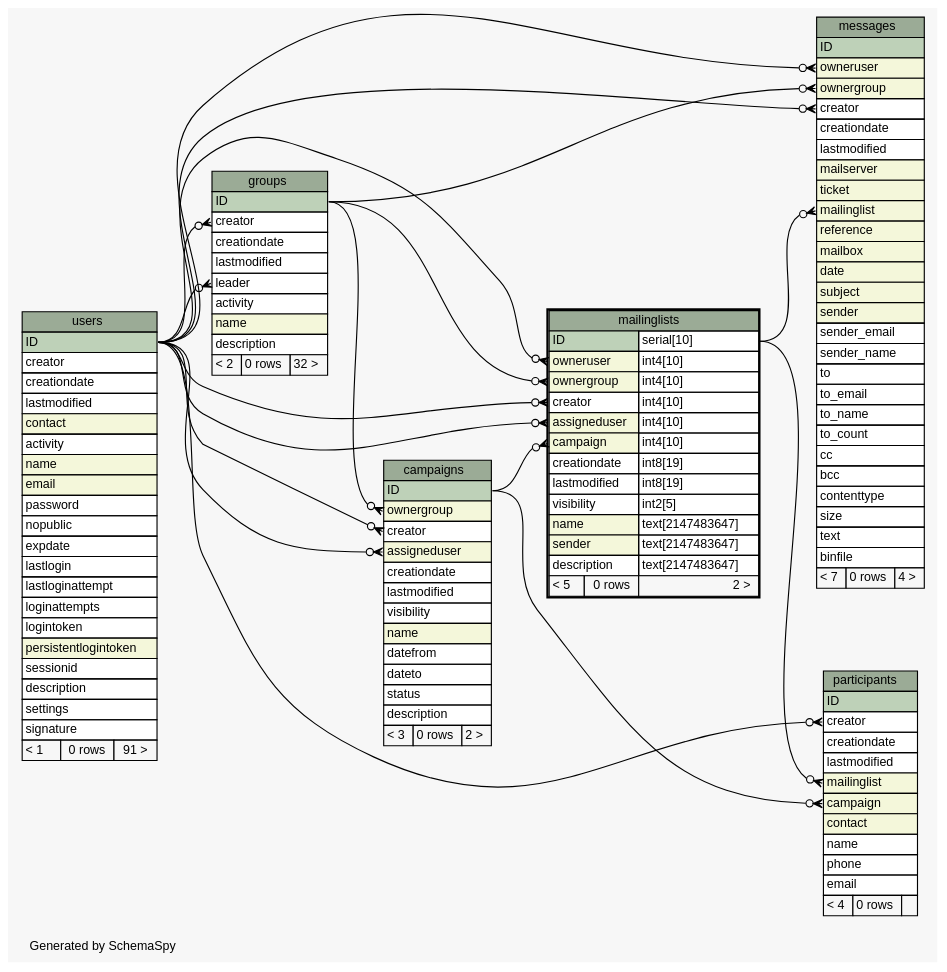
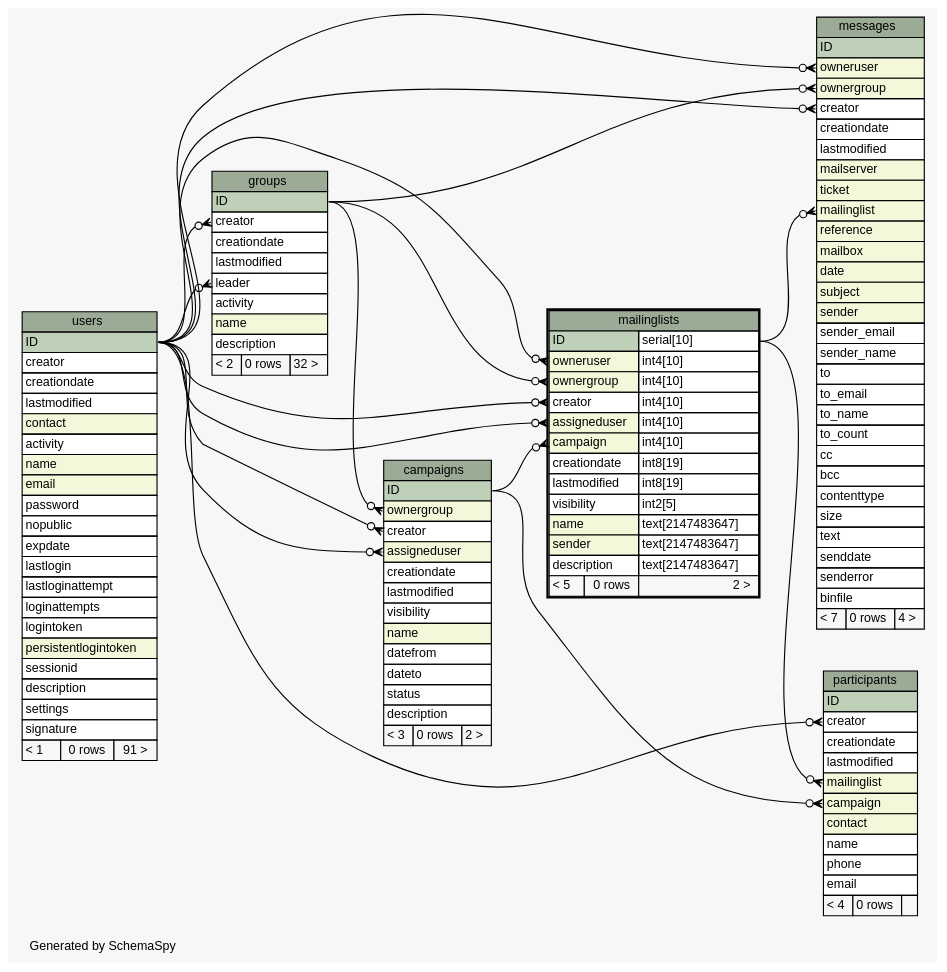
Before and after one commit to zeyosinc/zeyos-schema: the diagram in diagrams/mailinglists.1degree.dot, drawn with Graphviz. The commit also changed 145 other files, not shown here.

```diff
--- a/diagrams/mailinglists.1degree.dot
+++ b/diagrams/mailinglists.1degree.dot
@@ -1,181 +1,183 @@
 // dot 2.38.0 on Mac OS X 10.11.5
 // SchemaSpy rev 590
 digraph "oneDegreeRelationshipsDiagram" {
   graph [
     rankdir="RL"
     bgcolor="#f7f7f7"
     label="\nGenerated by SchemaSpy"
     labeljust="l"
     nodesep="0.18"
     ranksep="0.46"
     fontname="Helvetica"
     fontsize="11"
   ];
   node [
     fontname="Helvetica"
     fontsize="11"
     shape="plaintext"
   ];
   edge [
     arrowsize="0.8"
   ];
   "campaigns":"assigneduser":w -> "users":"ID":e [arrowhead=none dir=back arrowtail=crowodot];
   "campaigns":"creator":w -> "users":"ID":e [arrowhead=none dir=back arrowtail=crowodot];
   "campaigns":"ownergroup":w -> "groups":"ID":e [arrowhead=none dir=back arrowtail=crowodot];
   "groups":"creator":w -> "users":"ID":e [arrowhead=none dir=back arrowtail=crowodot];
   "groups":"leader":w -> "users":"ID":e [arrowhead=none dir=back arrowtail=crowodot];
   "mailinglists":"assigneduser":w -> "users":"ID":e [arrowhead=none dir=back arrowtail=crowodot];
   "mailinglists":"campaign":w -> "campaigns":"ID":e [arrowhead=none dir=back arrowtail=crowodot];
   "mailinglists":"creator":w -> "users":"ID":e [arrowhead=none dir=back arrowtail=crowodot];
   "mailinglists":"ownergroup":w -> "groups":"ID":e [arrowhead=none dir=back arrowtail=crowodot];
   "mailinglists":"owneruser":w -> "users":"ID":e [arrowhead=none dir=back arrowtail=crowodot];
   "messages":"creator":w -> "users":"ID":e [arrowhead=none dir=back arrowtail=crowodot];
   "messages":"mailinglist":w -> "mailinglists":"ID.type":e [arrowhead=none dir=back arrowtail=crowodot];
   "messages":"ownergroup":w -> "groups":"ID":e [arrowhead=none dir=back arrowtail=crowodot];
   "messages":"owneruser":w -> "users":"ID":e [arrowhead=none dir=back arrowtail=crowodot];
   "participants":"campaign":w -> "campaigns":"ID":e [arrowhead=none dir=back arrowtail=crowodot];
   "participants":"creator":w -> "users":"ID":e [arrowhead=none dir=back arrowtail=crowodot];
   "participants":"mailinglist":w -> "mailinglists":"ID.type":e [arrowhead=none dir=back arrowtail=crowodot];
   "campaigns" [
     label=<
     <TABLE BORDER="0" CELLBORDER="1" CELLSPACING="0" BGCOLOR="#ffffff">
       <TR><TD COLSPAN="3" BGCOLOR="#9bab96" ALIGN="CENTER">campaigns</TD></TR>
       <TR><TD PORT="ID" COLSPAN="3" BGCOLOR="#bed1b8" ALIGN="LEFT">ID</TD></TR>
       <TR><TD PORT="ownergroup" COLSPAN="3" BGCOLOR="#f4f7da" ALIGN="LEFT">ownergroup</TD></TR>
       <TR><TD PORT="creator" COLSPAN="3" ALIGN="LEFT">creator</TD></TR>
       <TR><TD PORT="assigneduser" COLSPAN="3" BGCOLOR="#f4f7da" ALIGN="LEFT">assigneduser</TD></TR>
       <TR><TD PORT="creationdate" COLSPAN="3" ALIGN="LEFT">creationdate</TD></TR>
       <TR><TD PORT="lastmodified" COLSPAN="3" ALIGN="LEFT">lastmodified</TD></TR>
       <TR><TD PORT="visibility" COLSPAN="3" ALIGN="LEFT">visibility</TD></TR>
       <TR><TD PORT="name" COLSPAN="3" BGCOLOR="#f4f7da" ALIGN="LEFT">name</TD></TR>
       <TR><TD PORT="datefrom" COLSPAN="3" ALIGN="LEFT">datefrom</TD></TR>
       <TR><TD PORT="dateto" COLSPAN="3" ALIGN="LEFT">dateto</TD></TR>
       <TR><TD PORT="status" COLSPAN="3" ALIGN="LEFT">status</TD></TR>
       <TR><TD PORT="description" COLSPAN="3" ALIGN="LEFT">description</TD></TR>
       <TR><TD ALIGN="LEFT" BGCOLOR="#f7f7f7">&lt; 3</TD><TD ALIGN="RIGHT" BGCOLOR="#f7f7f7">0 rows</TD><TD ALIGN="RIGHT" BGCOLOR="#f7f7f7">2 &gt;</TD></TR>
     </TABLE>>
     URL="campaigns.html"
     tooltip="campaigns"
   ];
   "groups" [
     label=<
     <TABLE BORDER="0" CELLBORDER="1" CELLSPACING="0" BGCOLOR="#ffffff">
       <TR><TD COLSPAN="3" BGCOLOR="#9bab96" ALIGN="CENTER">groups</TD></TR>
       <TR><TD PORT="ID" COLSPAN="3" BGCOLOR="#bed1b8" ALIGN="LEFT">ID</TD></TR>
       <TR><TD PORT="creator" COLSPAN="3" ALIGN="LEFT">creator</TD></TR>
       <TR><TD PORT="creationdate" COLSPAN="3" ALIGN="LEFT">creationdate</TD></TR>
       <TR><TD PORT="lastmodified" COLSPAN="3" ALIGN="LEFT">lastmodified</TD></TR>
       <TR><TD PORT="leader" COLSPAN="3" ALIGN="LEFT">leader</TD></TR>
       <TR><TD PORT="activity" COLSPAN="3" ALIGN="LEFT">activity</TD></TR>
       <TR><TD PORT="name" COLSPAN="3" BGCOLOR="#f4f7da" ALIGN="LEFT">name</TD></TR>
       <TR><TD PORT="description" COLSPAN="3" ALIGN="LEFT">description</TD></TR>
       <TR><TD ALIGN="LEFT" BGCOLOR="#f7f7f7">&lt; 2</TD><TD ALIGN="RIGHT" BGCOLOR="#f7f7f7">0 rows</TD><TD ALIGN="RIGHT" BGCOLOR="#f7f7f7">32 &gt;</TD></TR>
     </TABLE>>
     URL="groups.html"
     tooltip="groups"
   ];
   "mailinglists" [
     label=<
     <TABLE BORDER="2" CELLBORDER="1" CELLSPACING="0" BGCOLOR="#ffffff">
       <TR><TD COLSPAN="3" BGCOLOR="#9bab96" ALIGN="CENTER">mailinglists</TD></TR>
       <TR><TD PORT="ID" COLSPAN="2" BGCOLOR="#bed1b8" ALIGN="LEFT">ID</TD><TD PORT="ID.type" ALIGN="LEFT">serial[10]</TD></TR>
       <TR><TD PORT="owneruser" COLSPAN="2" BGCOLOR="#f4f7da" ALIGN="LEFT">owneruser</TD><TD PORT="owneruser.type" ALIGN="LEFT">int4[10]</TD></TR>
       <TR><TD PORT="ownergroup" COLSPAN="2" BGCOLOR="#f4f7da" ALIGN="LEFT">ownergroup</TD><TD PORT="ownergroup.type" ALIGN="LEFT">int4[10]</TD></TR>
       <TR><TD PORT="creator" COLSPAN="2" ALIGN="LEFT">creator</TD><TD PORT="creator.type" ALIGN="LEFT">int4[10]</TD></TR>
       <TR><TD PORT="assigneduser" COLSPAN="2" BGCOLOR="#f4f7da" ALIGN="LEFT">assigneduser</TD><TD PORT="assigneduser.type" ALIGN="LEFT">int4[10]</TD></TR>
       <TR><TD PORT="campaign" COLSPAN="2" BGCOLOR="#f4f7da" ALIGN="LEFT">campaign</TD><TD PORT="campaign.type" ALIGN="LEFT">int4[10]</TD></TR>
       <TR><TD PORT="creationdate" COLSPAN="2" ALIGN="LEFT">creationdate</TD><TD PORT="creationdate.type" ALIGN="LEFT">int8[19]</TD></TR>
       <TR><TD PORT="lastmodified" COLSPAN="2" ALIGN="LEFT">lastmodified</TD><TD PORT="lastmodified.type" ALIGN="LEFT">int8[19]</TD></TR>
       <TR><TD PORT="visibility" COLSPAN="2" ALIGN="LEFT">visibility</TD><TD PORT="visibility.type" ALIGN="LEFT">int2[5]</TD></TR>
       <TR><TD PORT="name" COLSPAN="2" BGCOLOR="#f4f7da" ALIGN="LEFT">name</TD><TD PORT="name.type" ALIGN="LEFT">text[2147483647]</TD></TR>
       <TR><TD PORT="sender" COLSPAN="2" BGCOLOR="#f4f7da" ALIGN="LEFT">sender</TD><TD PORT="sender.type" ALIGN="LEFT">text[2147483647]</TD></TR>
       <TR><TD PORT="description" COLSPAN="2" ALIGN="LEFT">description</TD><TD PORT="description.type" ALIGN="LEFT">text[2147483647]</TD></TR>
       <TR><TD ALIGN="LEFT" BGCOLOR="#f7f7f7">&lt; 5</TD><TD ALIGN="RIGHT" BGCOLOR="#f7f7f7">0 rows</TD><TD ALIGN="RIGHT" BGCOLOR="#f7f7f7">2 &gt;</TD></TR>
     </TABLE>>
     URL="mailinglists.html"
     tooltip="mailinglists"
   ];
   "messages" [
     label=<
     <TABLE BORDER="0" CELLBORDER="1" CELLSPACING="0" BGCOLOR="#ffffff">
       <TR><TD COLSPAN="3" BGCOLOR="#9bab96" ALIGN="CENTER">messages</TD></TR>
       <TR><TD PORT="ID" COLSPAN="3" BGCOLOR="#bed1b8" ALIGN="LEFT">ID</TD></TR>
       <TR><TD PORT="owneruser" COLSPAN="3" BGCOLOR="#f4f7da" ALIGN="LEFT">owneruser</TD></TR>
       <TR><TD PORT="ownergroup" COLSPAN="3" BGCOLOR="#f4f7da" ALIGN="LEFT">ownergroup</TD></TR>
       <TR><TD PORT="creator" COLSPAN="3" ALIGN="LEFT">creator</TD></TR>
       <TR><TD PORT="creationdate" COLSPAN="3" ALIGN="LEFT">creationdate</TD></TR>
       <TR><TD PORT="lastmodified" COLSPAN="3" ALIGN="LEFT">lastmodified</TD></TR>
       <TR><TD PORT="mailserver" COLSPAN="3" BGCOLOR="#f4f7da" ALIGN="LEFT">mailserver</TD></TR>
       <TR><TD PORT="ticket" COLSPAN="3" BGCOLOR="#f4f7da" ALIGN="LEFT">ticket</TD></TR>
       <TR><TD PORT="mailinglist" COLSPAN="3" BGCOLOR="#f4f7da" ALIGN="LEFT">mailinglist</TD></TR>
       <TR><TD PORT="reference" COLSPAN="3" BGCOLOR="#f4f7da" ALIGN="LEFT">reference</TD></TR>
       <TR><TD PORT="mailbox" COLSPAN="3" BGCOLOR="#f4f7da" ALIGN="LEFT">mailbox</TD></TR>
       <TR><TD PORT="date" COLSPAN="3" BGCOLOR="#f4f7da" ALIGN="LEFT">date</TD></TR>
       <TR><TD PORT="subject" COLSPAN="3" BGCOLOR="#f4f7da" ALIGN="LEFT">subject</TD></TR>
       <TR><TD PORT="sender" COLSPAN="3" BGCOLOR="#f4f7da" ALIGN="LEFT">sender</TD></TR>
       <TR><TD PORT="sender_email" COLSPAN="3" ALIGN="LEFT">sender_email</TD></TR>
       <TR><TD PORT="sender_name" COLSPAN="3" ALIGN="LEFT">sender_name</TD></TR>
       <TR><TD PORT="to" COLSPAN="3" ALIGN="LEFT">to</TD></TR>
       <TR><TD PORT="to_email" COLSPAN="3" ALIGN="LEFT">to_email</TD></TR>
       <TR><TD PORT="to_name" COLSPAN="3" ALIGN="LEFT">to_name</TD></TR>
       <TR><TD PORT="to_count" COLSPAN="3" ALIGN="LEFT">to_count</TD></TR>
       <TR><TD PORT="cc" COLSPAN="3" ALIGN="LEFT">cc</TD></TR>
       <TR><TD PORT="bcc" COLSPAN="3" ALIGN="LEFT">bcc</TD></TR>
       <TR><TD PORT="contenttype" COLSPAN="3" ALIGN="LEFT">contenttype</TD></TR>
       <TR><TD PORT="size" COLSPAN="3" ALIGN="LEFT">size</TD></TR>
       <TR><TD PORT="text" COLSPAN="3" ALIGN="LEFT">text</TD></TR>
+      <TR><TD PORT="senddate" COLSPAN="3" ALIGN="LEFT">senddate</TD></TR>
+      <TR><TD PORT="senderror" COLSPAN="3" ALIGN="LEFT">senderror</TD></TR>
       <TR><TD PORT="binfile" COLSPAN="3" ALIGN="LEFT">binfile</TD></TR>
       <TR><TD ALIGN="LEFT" BGCOLOR="#f7f7f7">&lt; 7</TD><TD ALIGN="RIGHT" BGCOLOR="#f7f7f7">0 rows</TD><TD ALIGN="RIGHT" BGCOLOR="#f7f7f7">4 &gt;</TD></TR>
     </TABLE>>
     URL="messages.html"
     tooltip="messages"
   ];
   "participants" [
     label=<
     <TABLE BORDER="0" CELLBORDER="1" CELLSPACING="0" BGCOLOR="#ffffff">
       <TR><TD COLSPAN="3" BGCOLOR="#9bab96" ALIGN="CENTER">participants</TD></TR>
       <TR><TD PORT="ID" COLSPAN="3" BGCOLOR="#bed1b8" ALIGN="LEFT">ID</TD></TR>
       <TR><TD PORT="creator" COLSPAN="3" ALIGN="LEFT">creator</TD></TR>
       <TR><TD PORT="creationdate" COLSPAN="3" ALIGN="LEFT">creationdate</TD></TR>
       <TR><TD PORT="lastmodified" COLSPAN="3" ALIGN="LEFT">lastmodified</TD></TR>
       <TR><TD PORT="mailinglist" COLSPAN="3" BGCOLOR="#f4f7da" ALIGN="LEFT">mailinglist</TD></TR>
       <TR><TD PORT="campaign" COLSPAN="3" BGCOLOR="#f4f7da" ALIGN="LEFT">campaign</TD></TR>
       <TR><TD PORT="contact" COLSPAN="3" BGCOLOR="#f4f7da" ALIGN="LEFT">contact</TD></TR>
       <TR><TD PORT="name" COLSPAN="3" ALIGN="LEFT">name</TD></TR>
       <TR><TD PORT="phone" COLSPAN="3" ALIGN="LEFT">phone</TD></TR>
       <TR><TD PORT="email" COLSPAN="3" ALIGN="LEFT">email</TD></TR>
       <TR><TD ALIGN="LEFT" BGCOLOR="#f7f7f7">&lt; 4</TD><TD ALIGN="RIGHT" BGCOLOR="#f7f7f7">0 rows</TD><TD ALIGN="RIGHT" BGCOLOR="#f7f7f7">  </TD></TR>
     </TABLE>>
     URL="participants.html"
     tooltip="participants"
   ];
   "users" [
     label=<
     <TABLE BORDER="0" CELLBORDER="1" CELLSPACING="0" BGCOLOR="#ffffff">
       <TR><TD COLSPAN="3" BGCOLOR="#9bab96" ALIGN="CENTER">users</TD></TR>
       <TR><TD PORT="ID" COLSPAN="3" BGCOLOR="#bed1b8" ALIGN="LEFT">ID</TD></TR>
       <TR><TD PORT="creator" COLSPAN="3" ALIGN="LEFT">creator</TD></TR>
       <TR><TD PORT="creationdate" COLSPAN="3" ALIGN="LEFT">creationdate</TD></TR>
       <TR><TD PORT="lastmodified" COLSPAN="3" ALIGN="LEFT">lastmodified</TD></TR>
       <TR><TD PORT="contact" COLSPAN="3" BGCOLOR="#f4f7da" ALIGN="LEFT">contact</TD></TR>
       <TR><TD PORT="activity" COLSPAN="3" ALIGN="LEFT">activity</TD></TR>
       <TR><TD PORT="name" COLSPAN="3" BGCOLOR="#f4f7da" ALIGN="LEFT">name</TD></TR>
       <TR><TD PORT="email" COLSPAN="3" BGCOLOR="#f4f7da" ALIGN="LEFT">email</TD></TR>
       <TR><TD PORT="password" COLSPAN="3" ALIGN="LEFT">password</TD></TR>
       <TR><TD PORT="nopublic" COLSPAN="3" ALIGN="LEFT">nopublic</TD></TR>
       <TR><TD PORT="expdate" COLSPAN="3" ALIGN="LEFT">expdate</TD></TR>
       <TR><TD PORT="lastlogin" COLSPAN="3" ALIGN="LEFT">lastlogin</TD></TR>
       <TR><TD PORT="lastloginattempt" COLSPAN="3" ALIGN="LEFT">lastloginattempt</TD></TR>
       <TR><TD PORT="loginattempts" COLSPAN="3" ALIGN="LEFT">loginattempts</TD></TR>
       <TR><TD PORT="logintoken" COLSPAN="3" ALIGN="LEFT">logintoken</TD></TR>
       <TR><TD PORT="persistentlogintoken" COLSPAN="3" BGCOLOR="#f4f7da" ALIGN="LEFT">persistentlogintoken</TD></TR>
       <TR><TD PORT="sessionid" COLSPAN="3" ALIGN="LEFT">sessionid</TD></TR>
       <TR><TD PORT="description" COLSPAN="3" ALIGN="LEFT">description</TD></TR>
       <TR><TD PORT="settings" COLSPAN="3" ALIGN="LEFT">settings</TD></TR>
       <TR><TD PORT="signature" COLSPAN="3" ALIGN="LEFT">signature</TD></TR>
       <TR><TD ALIGN="LEFT" BGCOLOR="#f7f7f7">&lt; 1</TD><TD ALIGN="RIGHT" BGCOLOR="#f7f7f7">0 rows</TD><TD ALIGN="RIGHT" BGCOLOR="#f7f7f7">91 &gt;</TD></TR>
     </TABLE>>
     URL="users.html"
     tooltip="users"
   ];
 }
```
